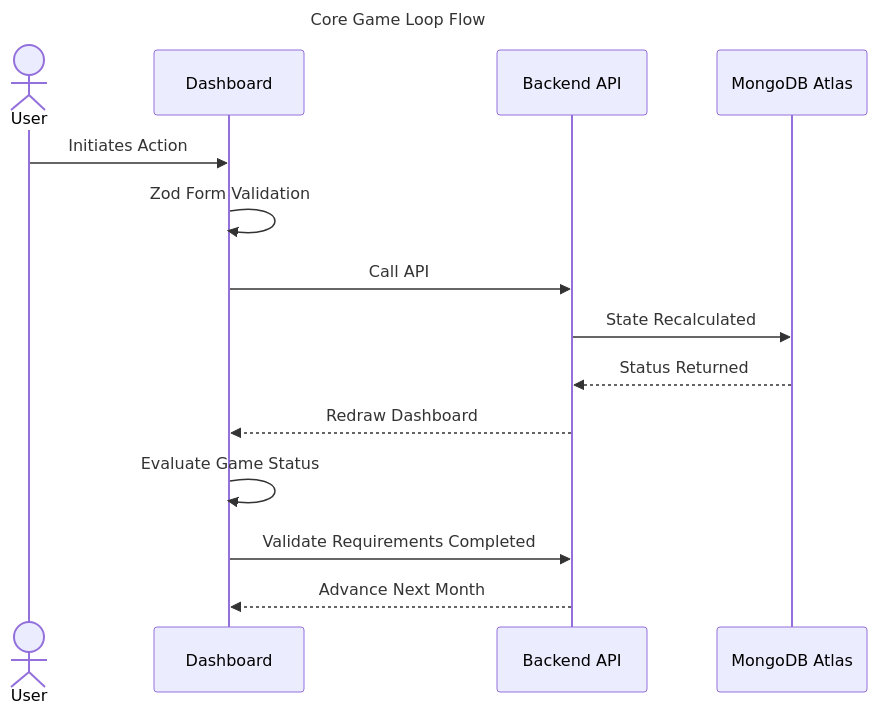
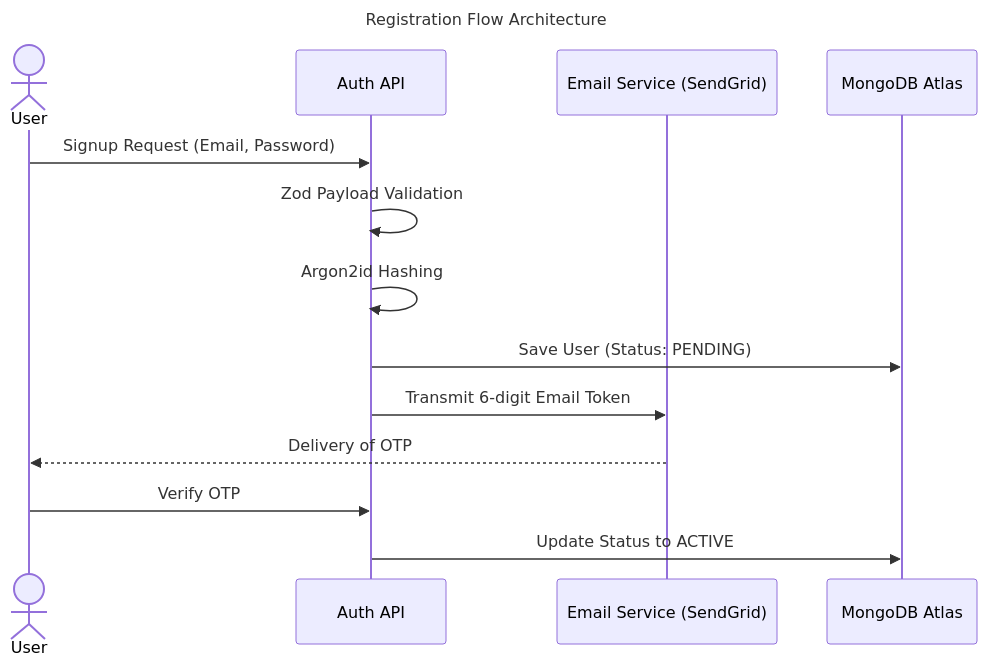
Before and after one commit to LifeSimLabs/financial-literacy-simulator: the second of 7 diagrams in docs/engineering/PHASE_WISE_DEVELOPMENT_PLAN.md, drawn with Mermaid. The commit also changed other lines of this file, not shown here.

Commit message:
docs: update development plan with detailed platform strategy, technology stack, and security architecture sections

````diff
--- a/docs/engineering/PHASE_WISE_DEVELOPMENT_PLAN.md
+++ b/docs/engineering/PHASE_WISE_DEVELOPMENT_PLAN.md
@@ -197,18 +200,17 @@
 ```mermaid
 sequenceDiagram
-    title Core Game Loop Flow
+    title Registration Flow Architecture
     actor User
-    participant Dash as Dashboard
-    participant API as Backend API
+    participant Auth as Auth API
+    participant Mail as Email Service (SendGrid)
     participant DB as MongoDB Atlas
     
-    User->>Dash: Initiates Action
-    Dash->>Dash: Zod Form Validation
-    Dash->>API: Call API
-    API->>DB: State Recalculated
-    DB-->>API: Status Returned
-    API-->>Dash: Redraw Dashboard
-    Dash->>Dash: Evaluate Game Status
-    Dash->>API: Validate Requirements Completed
-    API-->>Dash: Advance Next Month
+    User->>Auth: Signup Request (Email, Password)
+    Auth->>Auth: Zod Payload Validation
+    Auth->>Auth: Argon2id Hashing
+    Auth->>DB: Save User (Status: PENDING)
+    Auth->>Mail: Transmit 6-digit Email Token
+    Mail-->>User: Delivery of OTP
+    User->>Auth: Verify OTP
+    Auth->>DB: Update Status to ACTIVE
 ```
````
